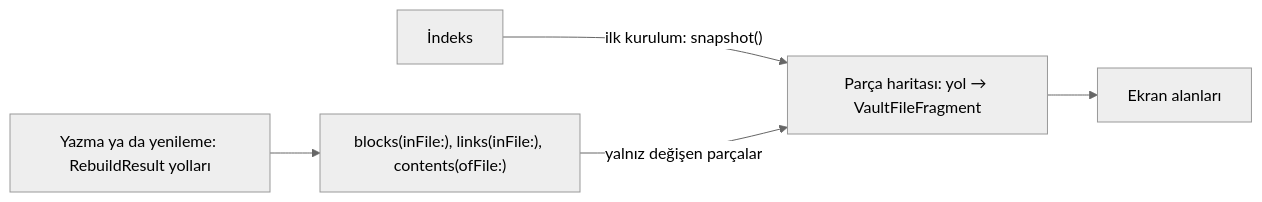
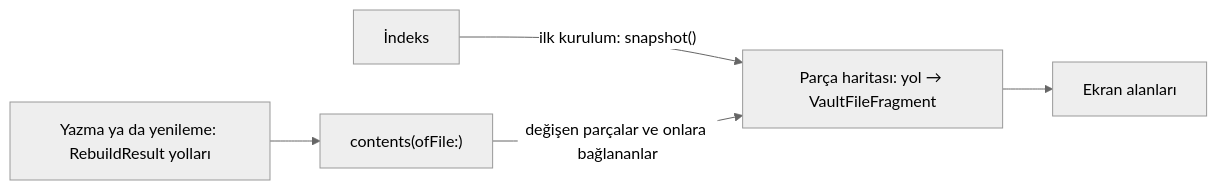
Before and after one commit to dogancanyildiz/kenet: the sixth of 17 diagrams in docs/architecture.md, drawn with Mermaid (neutral theme). The commit also changed other lines of this file and 73 other files, not shown here.

Commit message:
refactor: tasks ve projects okuma modelinden çıktı; parçalar blok metni taşımıyor; bildirim planı sorgudan (#225)

````diff
--- a/docs/architecture.md
+++ b/docs/architecture.md
@@ -201,7 +201,7 @@
 ```mermaid
 flowchart LR
   Indeks["İndeks"] -->|"ilk kurulum: snapshot()"| Harita["Parça haritası: yol → VaultFileFragment"]
-  Sonuc["Yazma ya da yenileme: RebuildResult yolları"] --> DosyaOkuma["blocks(inFile:), links(inFile:), contents(ofFile:)"]
-  DosyaOkuma -->|"yalnız değişen parçalar"| Harita
+  Sonuc["Yazma ya da yenileme: RebuildResult yolları"] --> DosyaOkuma["contents(ofFile:)"]
+  DosyaOkuma -->|"değişen parçalar ve onlara bağlananlar"| Harita
   Harita --> Alanlar["Ekran alanları"]
 ```
````
